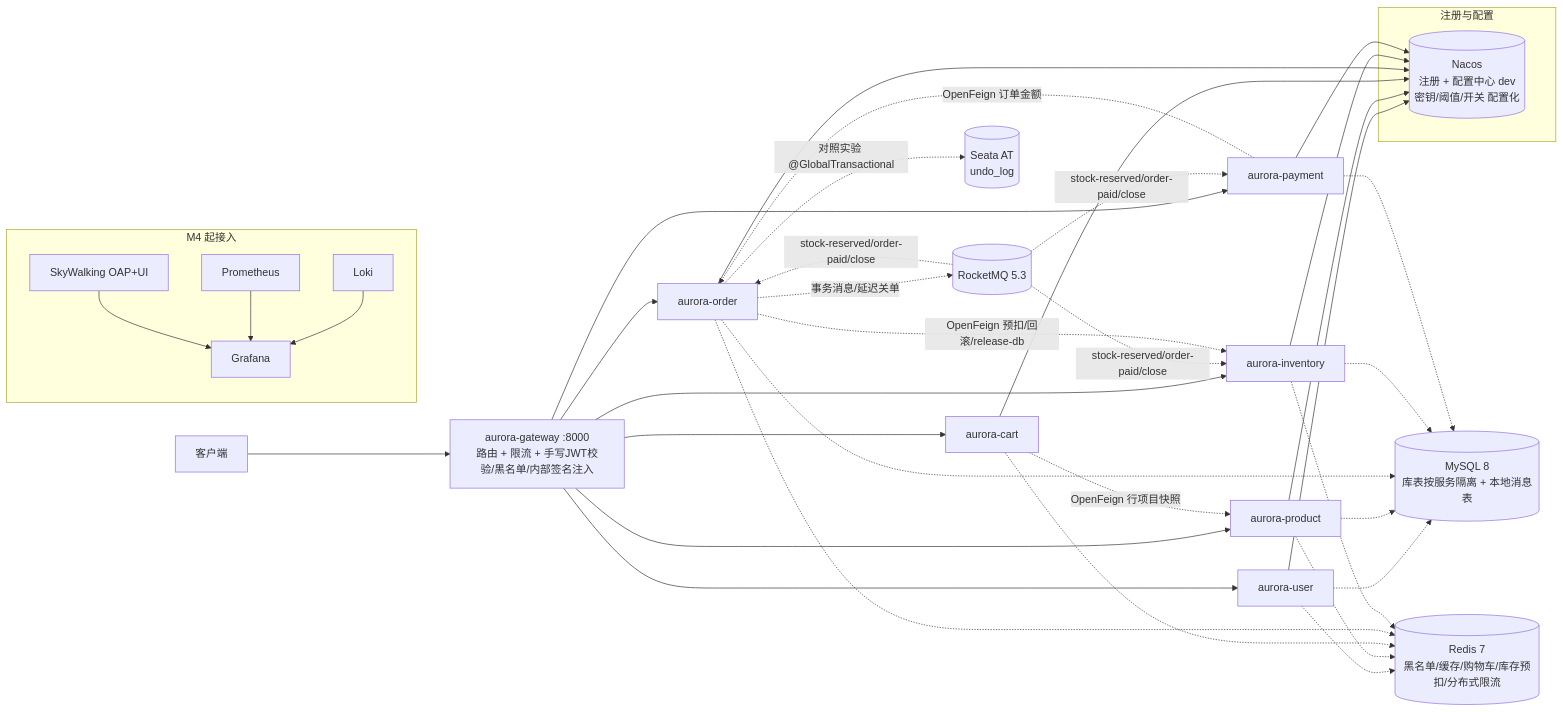
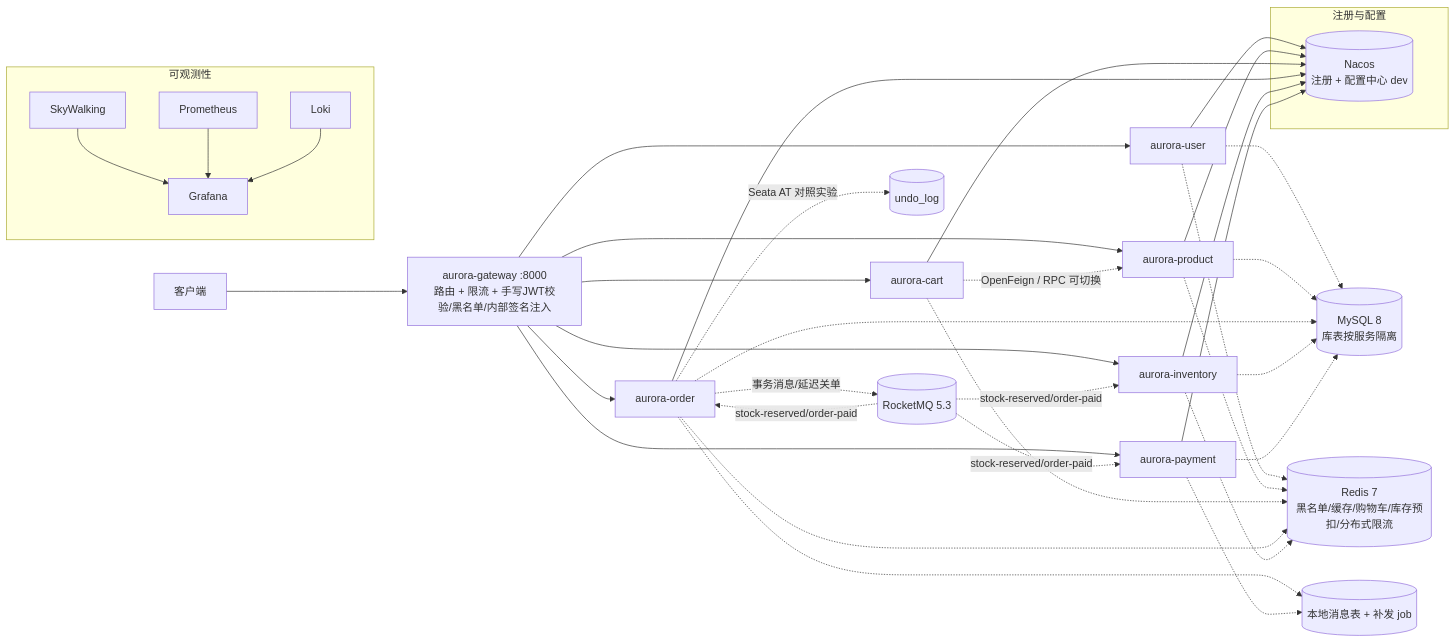
Before and after one commit to zeng-bohan/aurora-mall: the diagram in README.md, drawn with Mermaid. The commit also changed other lines of this file, not shown here.

````diff
--- a/README.md
+++ b/README.md
@@ -22,32 +28,31 @@
 ```mermaid
 flowchart LR
     C[客户端] --> G[aurora-gateway :8000<br/>路由 + 限流 + 手写JWT校验/黑名单/内部签名注入]
 
     G --> U[aurora-user]
     G --> P[aurora-product]
     G --> CA[aurora-cart]
     G --> O[aurora-order]
     G --> I[aurora-inventory]
     G --> PA[aurora-payment]
 
-    CA -. OpenFeign 行项目快照 .-> P
+    CA -. OpenFeign / RPC 可切换 .-> P
 
     subgraph 注册与配置
-      N[(Nacos<br/>注册 + 配置中心 dev<br/>密钥/阈值/开关 配置化)]
+      N[(Nacos<br/>注册 + 配置中心 dev)]
     end
 
     U & P & CA & O & I & PA --> N
 
     O -. 事务消息/延迟关单 .-> MQ[(RocketMQ 5.3)]
-    MQ -. stock-reserved/order-paid/close .-> I & PA & O
-    O -. OpenFeign 预扣/回滚/release-db .-> I
-    PA -. OpenFeign 订单金额 .-> O
-    O -. 对照实验 @GlobalTransactional .-> SE[(Seata AT<br/>undo_log)]
+    MQ -. stock-reserved/order-paid .-> I & PA & O
+    O -. Seata AT 对照实验 .-> SE[(undo_log)]
 
-    U & P & O & I & PA -.-> SQL[(MySQL 8<br/>库表按服务隔离 + 本地消息表)]
+    U & P & O & I & PA -.-> SQL[(MySQL 8<br/>库表按服务隔离)]
     U & P & CA & O & I -.-> R[(Redis 7<br/>黑名单/缓存/购物车/库存预扣/分布式限流)]
+    O & PA -.-> OMQ[(本地消息表 + 补发 job)]
 
-    subgraph 可观测性[M4 起接入]
-      SW[SkyWalking OAP+UI] & PR[Prometheus] & LK[Loki] --> GR[Grafana]
+    subgraph 可观测性
+      SW[SkyWalking] & PR[Prometheus] & LK[Loki] --> GR[Grafana]
     end
 ```
````
